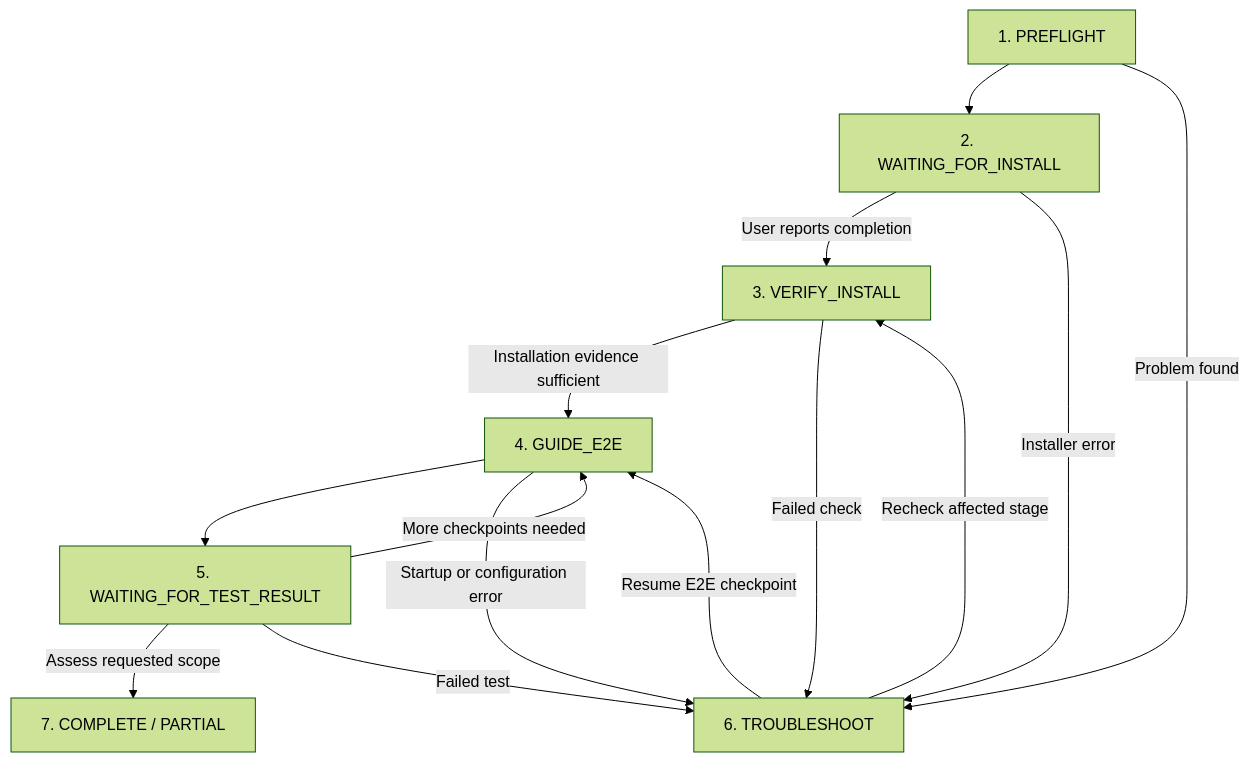
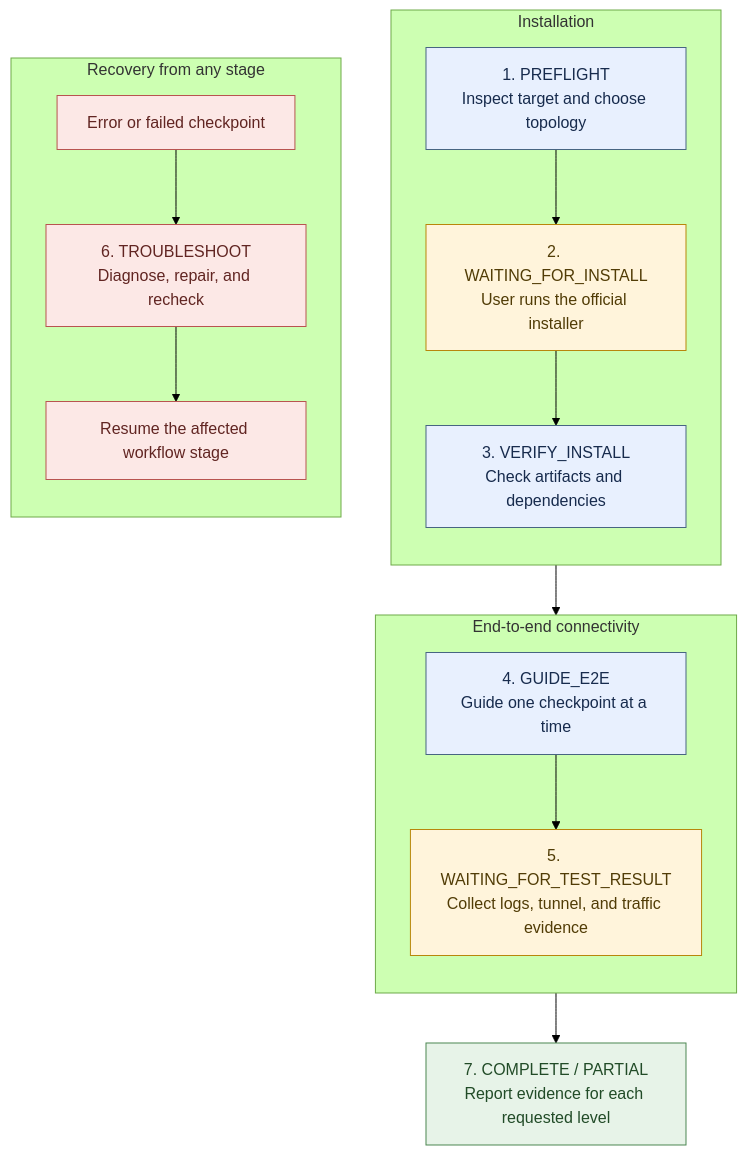
The third of 6 diagrams in docs/blog/20260812/20260812.md (free5gc/free5gc.github.io), drawn with Mermaid (forest theme) before and after one commit. The commit also changed other lines of this file, not shown here.

Commit message:
docs(blog): generalize agent guidance and simplify workflow diagram

````diff
--- a/docs/blog/20260812/20260812.md
+++ b/docs/blog/20260812/20260812.md
@@ -111,16 +111,34 @@
 ```mermaid
-flowchart TD
-    P[1. PREFLIGHT] --> I[2. WAITING_FOR_INSTALL]
-    I -->|User reports completion| V[3. VERIFY_INSTALL]
-    V -->|Installation evidence sufficient| G[4. GUIDE_E2E]
-    G --> R[5. WAITING_FOR_TEST_RESULT]
-    R -->|More checkpoints needed| G
-    R -->|Assess requested scope| C[7. COMPLETE / PARTIAL]
-    P -->|Problem found| T[6. TROUBLESHOOT]
-    I -->|Installer error| T
-    V -->|Failed check| T
-    G -->|Startup or configuration error| T
-    R -->|Failed test| T
-    T -->|Recheck affected stage| V
-    T -->|Resume E2E checkpoint| G
+flowchart TB
+    subgraph Install[Installation]
+        direction TB
+        P["1. PREFLIGHT<br/>Inspect target and choose topology"]
+        I["2. WAITING_FOR_INSTALL<br/>User runs the official installer"]
+        V["3. VERIFY_INSTALL<br/>Check artifacts and dependencies"]
+        P --> I --> V
+    end
+    subgraph Test[End-to-end connectivity]
+        direction TB
+        G["4. GUIDE_E2E<br/>Guide one checkpoint at a time"]
+        R["5. WAITING_FOR_TEST_RESULT<br/>Collect logs, tunnel, and traffic evidence"]
+        G --> R
+    end
+    C["7. COMPLETE / PARTIAL<br/>Report evidence for each requested level"]
+    V --> G
+    R --> C
+    subgraph Recovery[Recovery from any stage]
+        direction TB
+        F["Error or failed checkpoint"]
+        T["6. TROUBLESHOOT<br/>Diagnose, repair, and recheck"]
+        Resume["Resume the affected workflow stage"]
+        F --> T --> Resume
+    end
+    classDef inspect fill:#e8f0fe,stroke:#476582,color:#172b4d
+    classDef waiting fill:#fff4db,stroke:#b8860b,color:#513c06
+    classDef recovery fill:#fce8e6,stroke:#b85450,color:#612522
+    classDef result fill:#e7f3e8,stroke:#4b8751,color:#214b27
+    class P,V,G inspect
+    class I,R waiting
+    class F,T,Resume recovery
+    class C result
 ```
````
